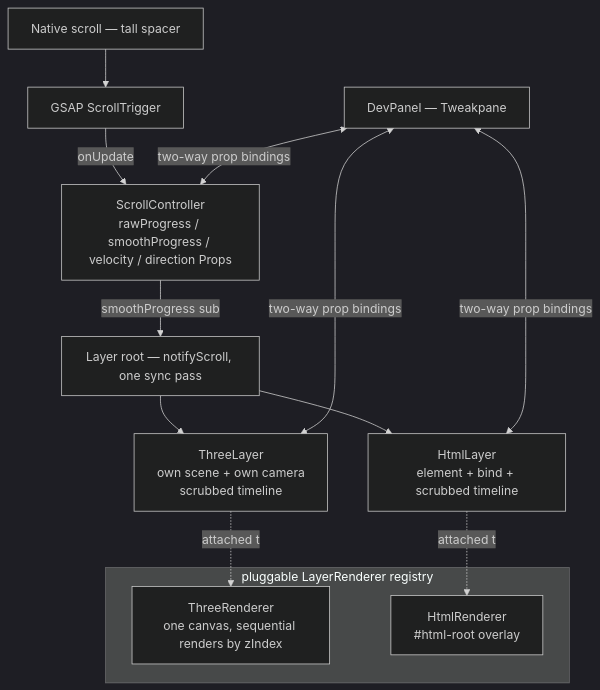
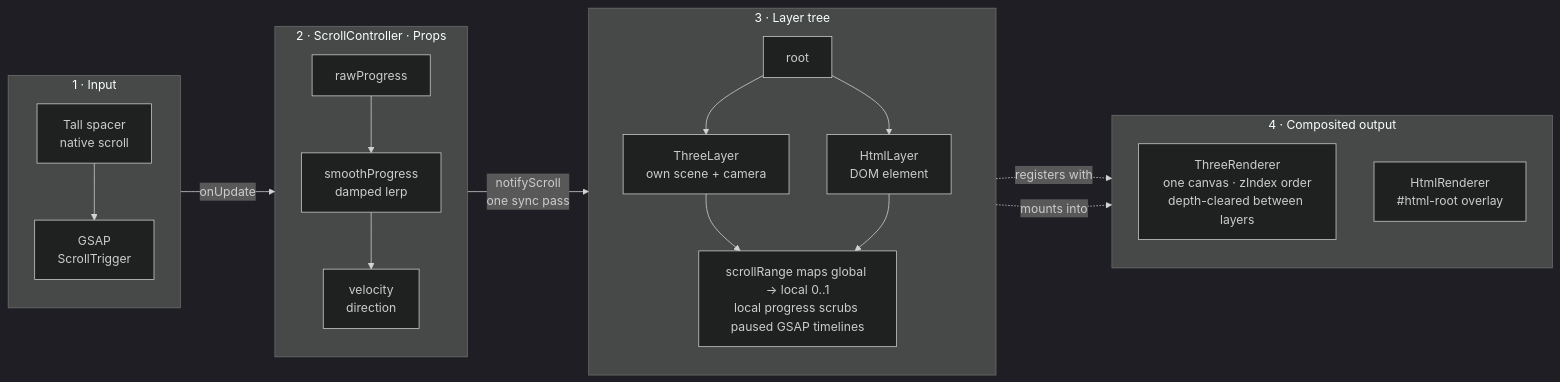
One commit to ashwaniarya/scroll-engine changed the first of 3 diagrams in README.md. Above: the diagram before and after it, drawn with Mermaid (dark theme). The commit also changed other lines of this file, not shown here.

Commit message:
docs: split architecture diagram into staged views

````diff
--- a/README.md
+++ b/README.md
@@ -40,15 +44,32 @@
 ```mermaid
-flowchart TD
-  NS[Native scroll — tall spacer] --> ST[GSAP ScrollTrigger]
-  ST -->|onUpdate| SC[ScrollController<br/>rawProgress / smoothProgress / velocity / direction Props]
-  SC -->|smoothProgress sub| ROOT[Layer root — notifyScroll, one sync pass]
-  ROOT --> TL[ThreeLayer<br/>own scene + own camera<br/>scrubbed timeline]
-  ROOT --> HL[HtmlLayer<br/>element + bind + scrubbed timeline]
-  subgraph Renderers [pluggable LayerRenderer registry]
-    TR[ThreeRenderer<br/>one canvas, sequential renders by zIndex]
-    HR[HtmlRenderer<br/>#html-root overlay]
+flowchart LR
+  subgraph INPUT["1 · Input"]
+    direction TB
+    SPACER["Tall spacer<br/>native scroll"] --> TRIGGER["GSAP<br/>ScrollTrigger"]
   end
-  TL -.attached to.-> TR
-  HL -.attached to.-> HR
-  DEV[DevPanel — Tweakpane] <-->|two-way prop bindings| SC & TL & HL
+
+  subgraph CORE["2 · ScrollController · Props"]
+    direction TB
+    RAW["rawProgress"] --> SMOOTH["smoothProgress<br/>damped lerp"]
+    SMOOTH --> EXTRA["velocity<br/>direction"]
+  end
+
+  subgraph TREE["3 · Layer tree"]
+    direction TB
+    ROOT["root"] --> THREE_LAYER["ThreeLayer<br/>own scene + camera"]
+    ROOT --> HTML_LAYER["HtmlLayer<br/>DOM element"]
+    THREE_LAYER --> LOCAL["scrollRange maps global → local 0..1<br/>local progress scrubs paused GSAP timelines"]
+    HTML_LAYER --> LOCAL
+  end
+
+  subgraph OUTPUT["4 · Composited output"]
+    direction TB
+    THREE_RENDERER["ThreeRenderer<br/>one canvas · zIndex order<br/>depth-cleared between layers"]
+    HTML_RENDERER["HtmlRenderer<br/>#html-root overlay"]
+  end
+
+  TRIGGER -- "onUpdate" --> RAW
+  SMOOTH -- "notifyScroll<br/>one sync pass" --> ROOT
+  THREE_LAYER -. "registers with" .-> THREE_RENDERER
+  HTML_LAYER -. "mounts into" .-> HTML_RENDERER
 ```
````
